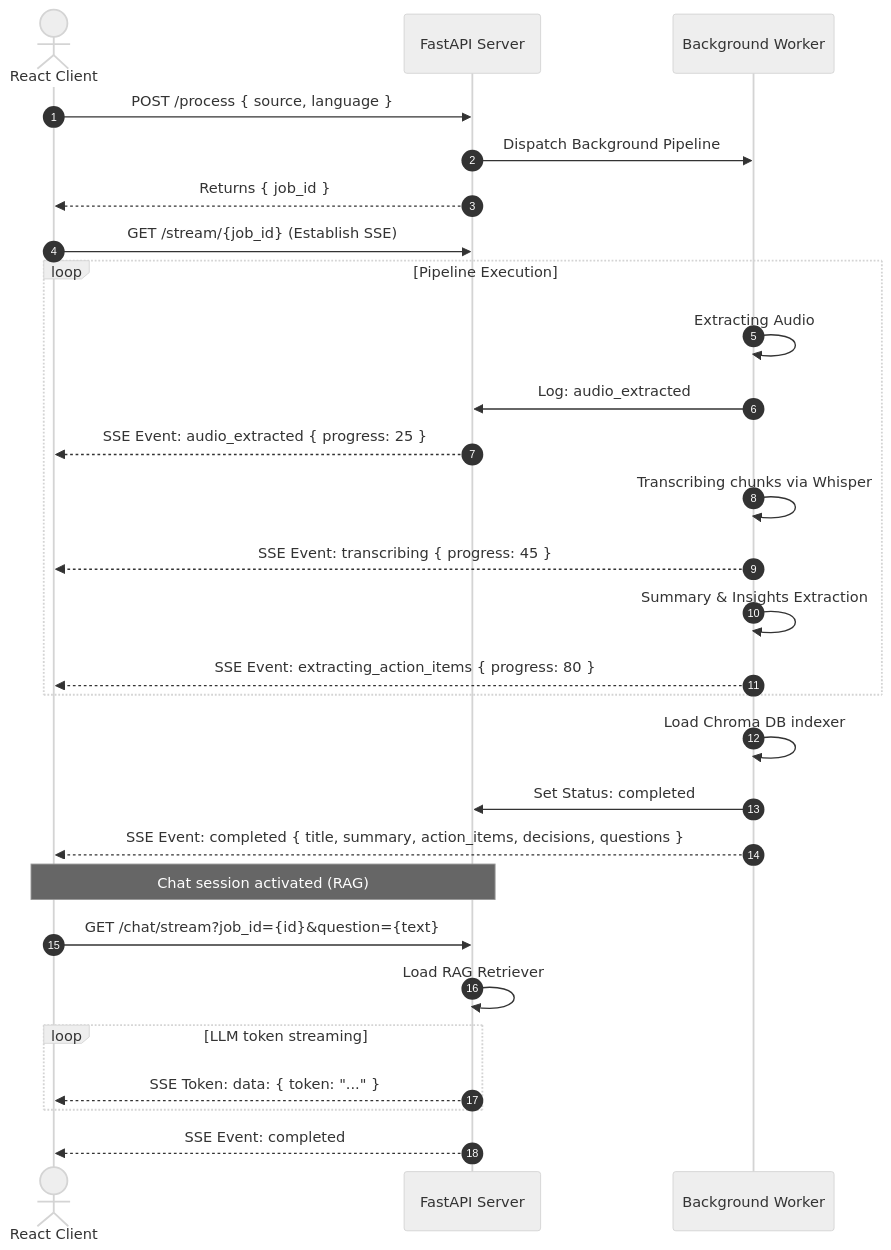
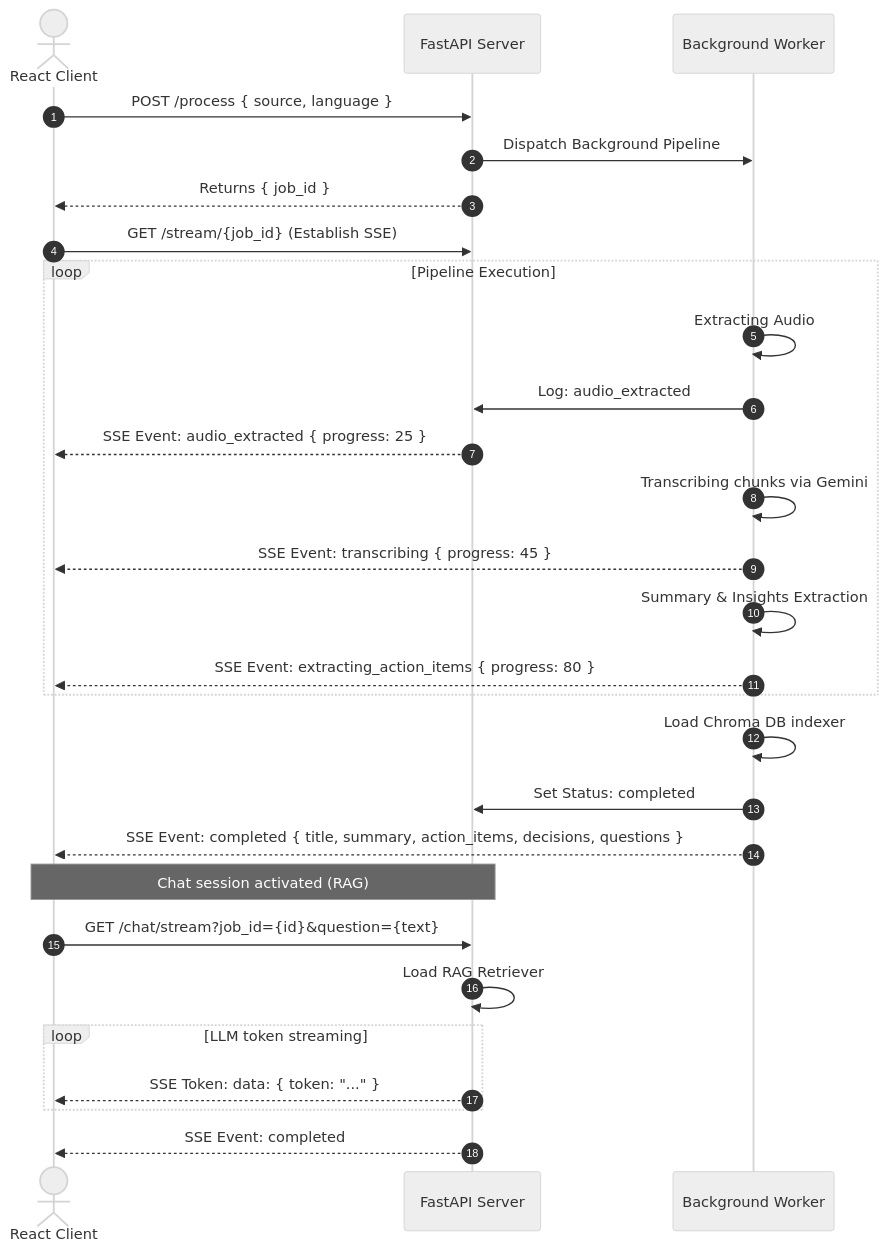
The second of 2 diagrams in README.md (piyuskumar-dev/MeetMind-AI), drawn with Mermaid (neutral theme) before and after one commit. The commit also changed other lines of this file and 16 other files, not shown here.

````diff
--- a/README.md
+++ b/README.md
@@ -68,35 +68,35 @@
 ```mermaid
 sequenceDiagram
     autonumber
     actor Client as React Client
     participant API as FastAPI Server
     participant Worker as Background Worker
     
     Client->>API: POST /process { source, language }
     API->>Worker: Dispatch Background Pipeline
     API-->>Client: Returns { job_id }
     
     Client->>API: GET /stream/{job_id} (Establish SSE)
     
     loop Pipeline Execution
         Worker->>Worker: Extracting Audio
         Worker->>API: Log: audio_extracted
         API-->>Client: SSE Event: audio_extracted { progress: 25 }
-        Worker->>Worker: Transcribing chunks via Whisper
+        Worker->>Worker: Transcribing chunks via Gemini
         Worker-->>Client: SSE Event: transcribing { progress: 45 }
         Worker->>Worker: Summary & Insights Extraction
         Worker-->>Client: SSE Event: extracting_action_items { progress: 80 }
     end
     
     Worker->>Worker: Load Chroma DB indexer
     Worker->>API: Set Status: completed
     Worker-->>Client: SSE Event: completed { title, summary, action_items, decisions, questions }
     
     Note over Client, API: Chat session activated (RAG)
     Client->>API: GET /chat/stream?job_id={id}&question={text}
     API->>API: Load RAG Retriever
     loop LLM token streaming
         API-->>Client: SSE Token: data: { token: "..." }
     end
     API-->>Client: SSE Event: completed
 ```
````
